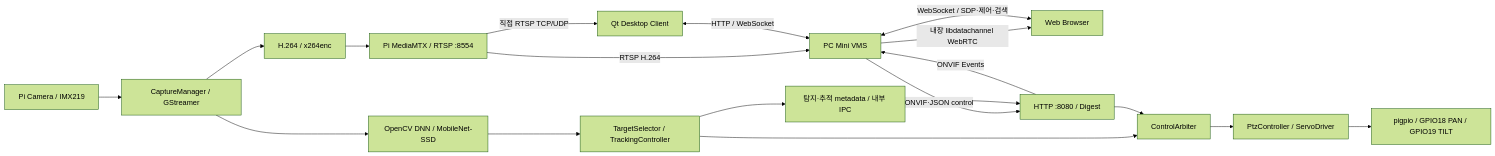
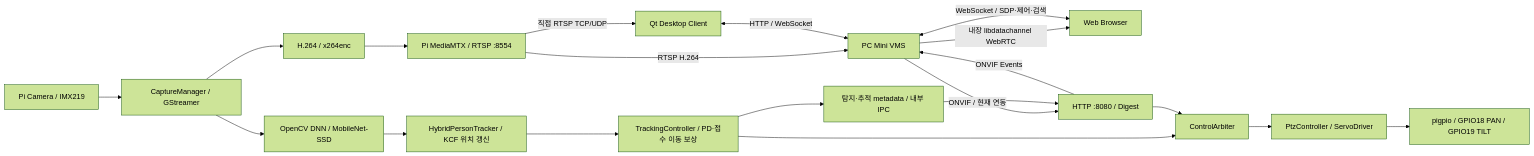
The diagram in README.md (PTZ-CAMERA/PTZ_CAMERA), drawn with Mermaid (forest theme) before and after one commit. The commit also changed other lines of this file and 16 other files, not shown here.

Commit message:
docs: refresh Pi guides and system architecture

````diff
--- a/README.md
+++ b/README.md
@@ -7,21 +9,22 @@
 ```mermaid
 flowchart LR
     Camera["Pi Camera / IMX219"] --> Capture["CaptureManager / GStreamer"]
     Capture --> Encoder["H.264 / x264enc"]
     Encoder --> Media["Pi MediaMTX / RTSP :8554"]
     Media -->|직접 RTSP TCP/UDP| Qt["Qt Desktop Client"]
     Media -->|RTSP H.264| VMS["PC Mini VMS"]
     VMS -->|내장 libdatachannel WebRTC| Web["Web Browser"]
     Qt <-->|HTTP / WebSocket| VMS
     Web <-->|WebSocket / SDP·제어·검색| VMS
     Capture --> DNN["OpenCV DNN / MobileNet-SSD"]
-    DNN --> Tracking["TargetSelector / TrackingController"]
+    DNN --> Hybrid["HybridPersonTracker / KCF 위치 갱신"]
+    Hybrid --> Tracking["TrackingController / PD·접수 이동 보상"]
     Tracking --> Arbiter["ControlArbiter"]
-    VMS -->|ONVIF·JSON control| Onvif["HTTP :8080 / Digest"]
+    VMS -->|ONVIF / 현재 연동| Onvif["HTTP :8080 / Digest"]
     Onvif --> Arbiter
     Arbiter --> PTZ["PtzController / ServoDriver"]
     PTZ --> GPIO["pigpio / GPIO18 PAN / GPIO19 TILT"]
     Tracking --> Metadata["탐지·추적 metadata / 내부 IPC"]
     Metadata --> Onvif
     Onvif -->|ONVIF Events| VMS
 ```
````
